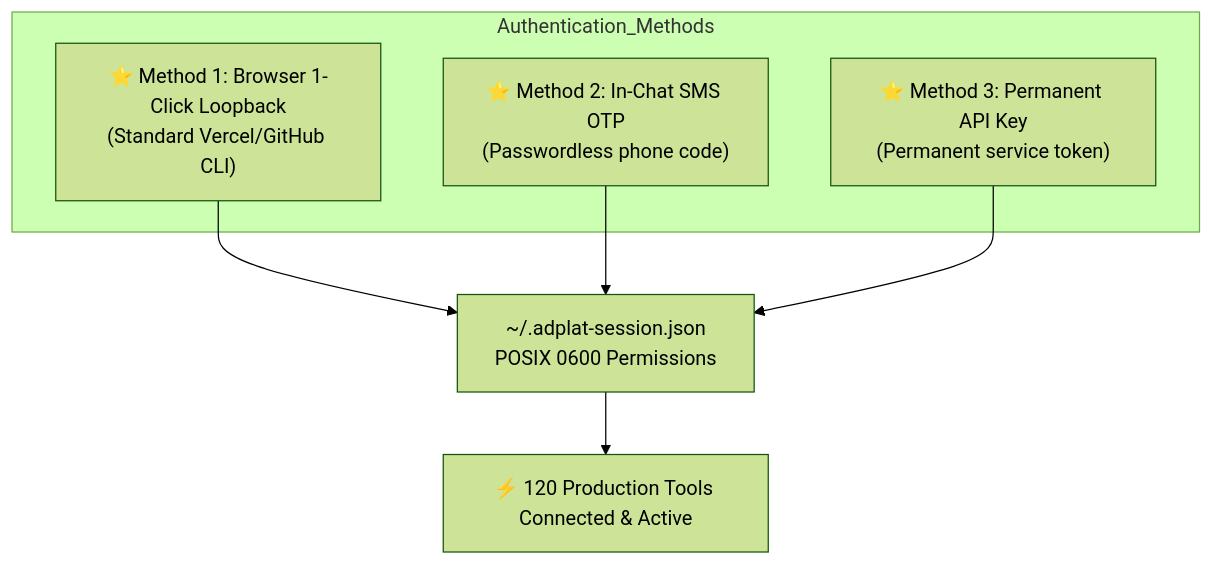
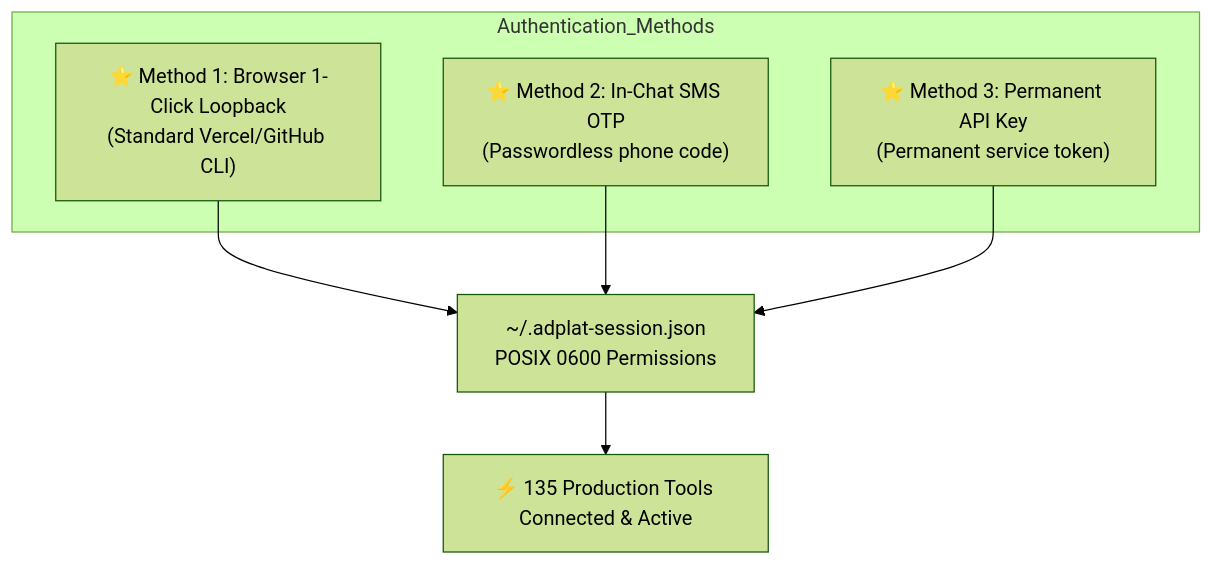
The diagram in README.md (Hesvm/adplat-admin-mcp), drawn with Mermaid (forest theme) before and after one commit. The commit also changed other lines of this file and 5 other files, not shown here.

First line of the commit message:
feat(v1.4.0): exhaustive platform coverage with 135 production tools

````diff
--- a/README.md
+++ b/README.md
@@ -305,14 +333,14 @@
 ```mermaid
 flowchart TD
     subgraph Authentication_Methods
         A["⭐️ Method 1: Browser 1-Click Loopback<br/>(Standard Vercel/GitHub CLI)"]
         B["⭐️ Method 2: In-Chat SMS OTP<br/>(Passwordless phone code)"]
         C["⭐️ Method 3: Permanent API Key<br/>(Permanent service token)"]
     end
 
     A --> S["~/.adplat-session.json<br/>POSIX 0600 Permissions"]
     B --> S
     C --> S
 
-    S --> M["⚡ 120 Production Tools Connected & Active"]
+    S --> M["⚡ 135 Production Tools Connected & Active"]
 ```
````
